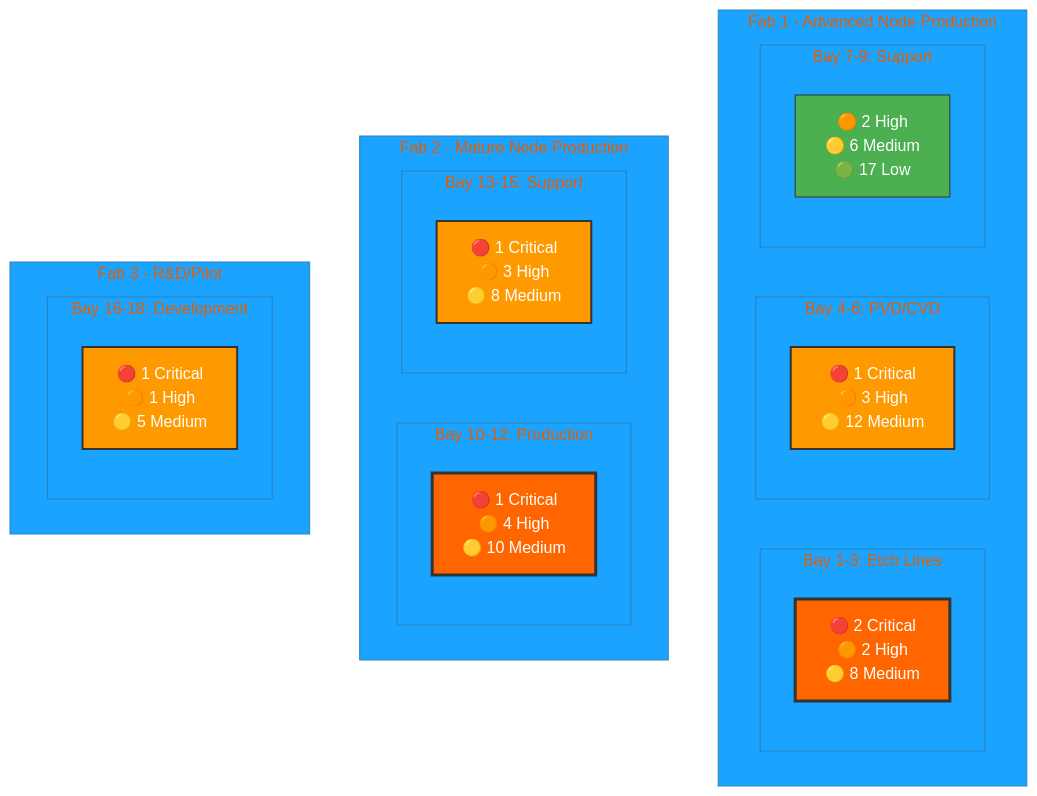
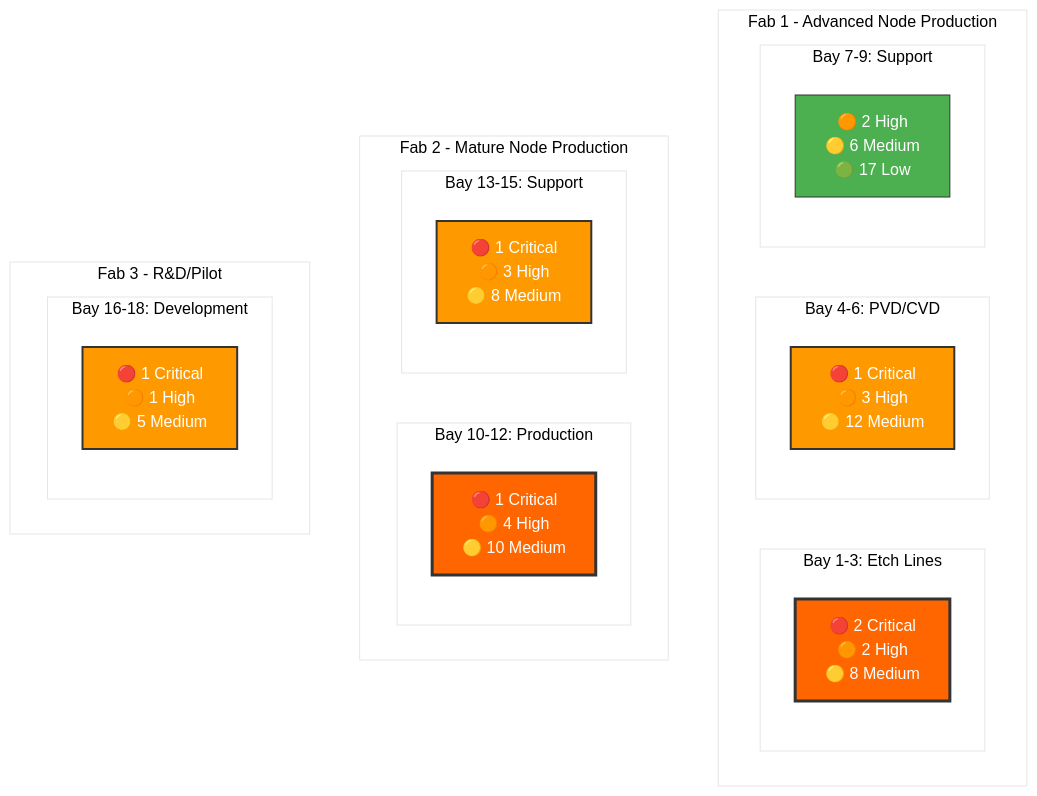
One commit to StephanieHepp/Risk-Assessment changed the third of 10 diagrams in scaled_vacuum_report_200.md. Above: the diagram before and after it, drawn with Mermaid.

````diff
--- a/scaled_vacuum_report_200.md
+++ b/scaled_vacuum_report_200.md
@@ -40,39 +40,39 @@
 ```mermaid
-%%{init: {'theme':'base', 'themeVariables': {'primaryColor':'#ff6600', 'secondaryColor':'#4CAF50'}}}%%
+%%{init: {'theme':'base', 'themeVariables': {'primaryColor':'#fff', 'secondaryColor':'#000'}}}%%
 graph TB
     subgraph "Fab 1 - Advanced Node Production"
         subgraph "Bay 1-3: Etch Lines"
             F1B1["🔴 2 Critical<br/>🟠 2 High<br/>🟡 8 Medium"]
         end
         subgraph "Bay 4-6: PVD/CVD"
             F1B2["🔴 1 Critical<br/>🟠 3 High<br/>🟡 12 Medium"]
         end
         subgraph "Bay 7-9: Support"
             F1B3["🟠 2 High<br/>🟡 6 Medium<br/>🟢 17 Low"]
         end
     end
     
     subgraph "Fab 2 - Mature Node Production"
         subgraph "Bay 10-12: Production"
             F2B1["🔴 1 Critical<br/>🟠 4 High<br/>🟡 10 Medium"]
         end
         subgraph "Bay 13-15: Support"
             F2B2["🔴 1 Critical<br/>🟠 3 High<br/>🟡 8 Medium"]
         end
     end
     
     subgraph "Fab 3 - R&D/Pilot"
         subgraph "Bay 16-18: Development"
             F3B1["🔴 1 Critical<br/>🟠 1 High<br/>🟡 5 Medium"]
         end
     end
     
     classDef critical fill:#ff6600,stroke:#333,stroke-width:3px,color:#fff
     classDef high fill:#ff9900,stroke:#333,stroke-width:2px,color:#fff
     classDef medium fill:#ffcc00,stroke:#333,stroke-width:2px,color:#000
     classDef lowrisk fill:#4CAF50,stroke:#333,stroke-width:1px,color:#fff
     
     class F1B1,F2B1 critical
     class F1B2,F2B2,F3B1 high
     class F1B3 lowrisk
 ```
````
